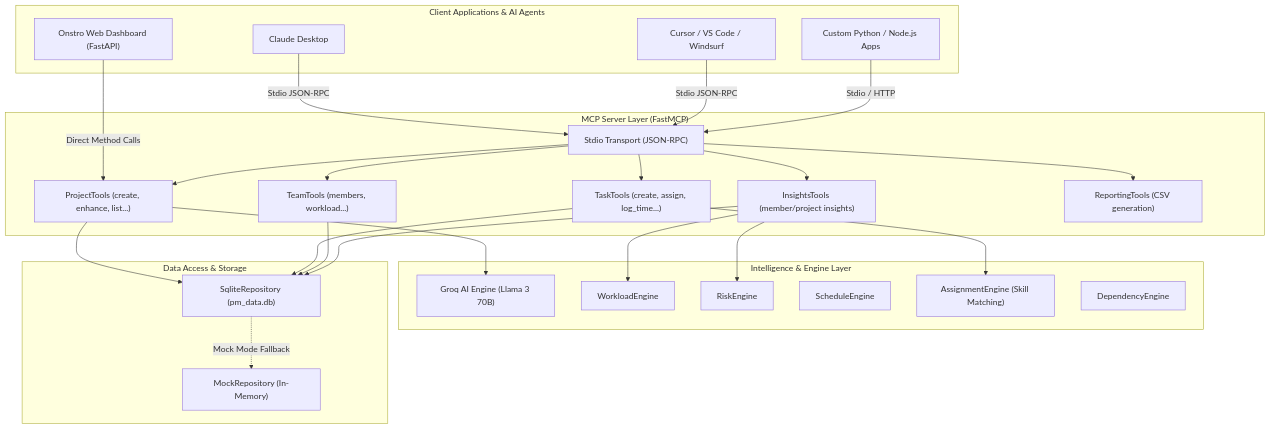
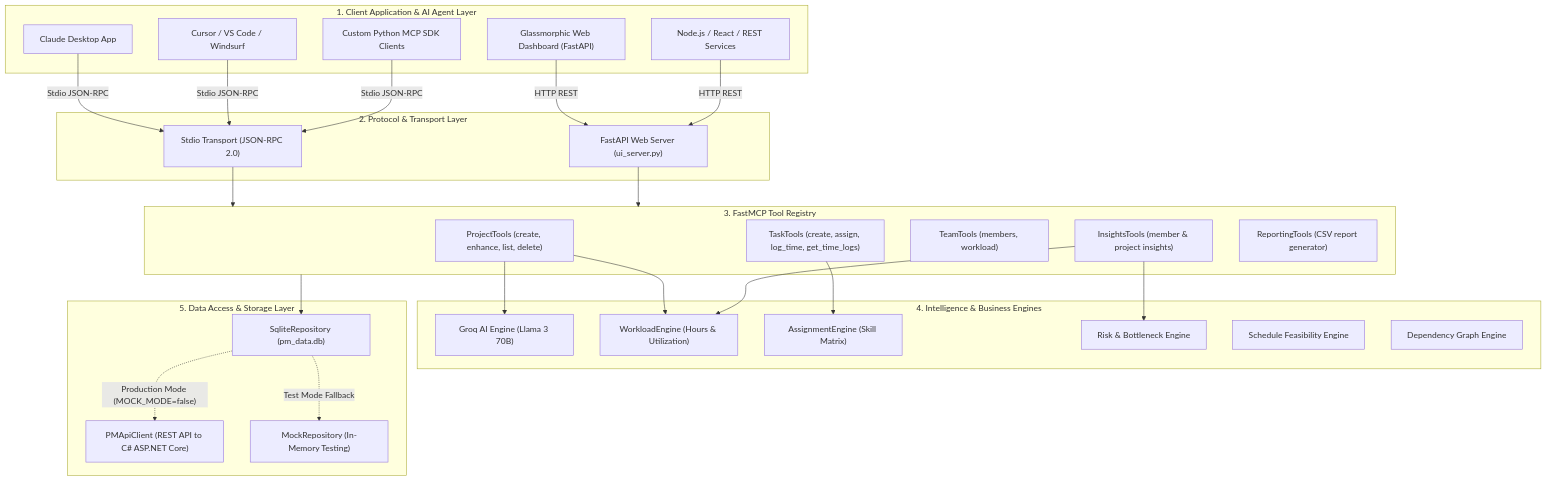
Before and after one commit to WaylenBarreto/Onstro-MCP: the diagram in docs/architecture.md, drawn with Mermaid. The commit also changed other lines of this file and 1 other file, not shown here.

Commit message:
docs: Add detailed architecture diagram and multi-application integration guide, feat: workload-balanced task auto-generation

````diff
--- a/docs/architecture.md
+++ b/docs/architecture.md
@@ -7,55 +7,57 @@
 ```mermaid
 flowchart TD
-    subgraph Clients ["Client Applications & AI Agents"]
-        ClaudeDesktop["Claude Desktop"]
+    subgraph Clients ["1. Client Application & AI Agent Layer"]
+        ClaudeDesktop["Claude Desktop App"]
         CursorIDE["Cursor / VS Code / Windsurf"]
-        CustomApp["Custom Python / Node.js Apps"]
-        WebUI["Onstro Web Dashboard (FastAPI)"]
+        PythonSDK["Custom Python MCP SDK Clients"]
+        WebDashboard["Glassmorphic Web Dashboard (FastAPI)"]
+        ExternalWeb["Node.js / React / REST Services"]
     end
 
-    subgraph MCPLayer ["MCP Server Layer (FastMCP)"]
-        StdioTransport["Stdio Transport (JSON-RPC)"]
-        ProjectTools["ProjectTools (create, enhance, list...)"]
-        TaskTools["TaskTools (create, assign, log_time...)"]
-        TeamTools["TeamTools (members, workload...)"]
-        InsightsTools["InsightsTools (member/project insights)"]
-        ReportingTools["ReportingTools (CSV generation)"]
+    subgraph Communication ["2. Protocol & Transport Layer"]
+        StdioTransport["Stdio Transport (JSON-RPC 2.0)"]
+        FastAPIServer["FastAPI Web Server (ui_server.py)"]
     end
 
-    subgraph Intelligence ["Intelligence & Engine Layer"]
-        GroqAI["Groq AI Engine (Llama 3 70B)"]
-        WorkloadEngine["WorkloadEngine"]
-        RiskEngine["RiskEngine"]
-        ScheduleEngine["ScheduleEngine"]
-        AssignmentEngine["AssignmentEngine (Skill Matching)"]
-        DependencyEngine["DependencyEngine"]
+    subgraph ToolRegistry ["3. FastMCP Tool Registry"]
+        ProjectTools["ProjectTools (create, enhance, list, delete)"]
+        TaskTools["TaskTools (create, assign, log_time, get_time_logs)"]
+        TeamTools["TeamTools (members, workload)"]
+        InsightsTools["InsightsTools (member & project insights)"]
+        ReportingTools["ReportingTools (CSV report generator)"]
     end
 
-    subgraph DataLayer ["Data Access & Storage"]
+    subgraph Intelligence ["4. Intelligence & Business Engines"]
+        GroqAI["Groq AI Engine (Llama 3 70B)"]
+        WorkloadEngine["WorkloadEngine (Hours & Utilization)"]
+        AssignmentEngine["AssignmentEngine (Skill Matrix)"]
+        RiskEngine["Risk & Bottleneck Engine"]
+        ScheduleEngine["Schedule Feasibility Engine"]
+        DependencyEngine["Dependency Graph Engine"]
+    end
+
+    subgraph DataLayer ["5. Data Access & Storage Layer"]
         SqliteRepo["SqliteRepository (pm_data.db)"]
-        MockRepo["MockRepository (In-Memory)"]
+        PMApiClient["PMApiClient (REST API to C# ASP.NET Core)"]
+        MockRepo["MockRepository (In-Memory Testing)"]
     end
 
     ClaudeDesktop -->|Stdio JSON-RPC| StdioTransport
     CursorIDE -->|Stdio JSON-RPC| StdioTransport
-    CustomApp -->|Stdio / HTTP| StdioTransport
-    WebUI -->|Direct Method Calls| ProjectTools
+    PythonSDK -->|Stdio JSON-RPC| StdioTransport
+    WebDashboard -->|HTTP REST| FastAPIServer
+    ExternalWeb -->|HTTP REST| FastAPIServer
 
-    StdioTransport --> ProjectTools
-    StdioTransport --> TaskTools
-    StdioTransport --> TeamTools
-    StdioTransport --> InsightsTools
-    StdioTransport --> ReportingTools
+    StdioTransport --> ToolRegistry
+    FastAPIServer --> ToolRegistry
 
     ProjectTools --> GroqAI
+    ProjectTools --> WorkloadEngine
+    TaskTools --> AssignmentEngine
     InsightsTools --> WorkloadEngine
     InsightsTools --> RiskEngine
-    TaskTools --> AssignmentEngine
 
-    ProjectTools --> SqliteRepo
-    TaskTools --> SqliteRepo
-    TeamTools --> SqliteRepo
-    InsightsTools --> SqliteRepo
-
-    SqliteRepo -. Mock Mode Fallback .-> MockRepo
+    ToolRegistry --> SqliteRepo
+    SqliteRepo -. Production Mode (MOCK_MODE=false) .-> PMApiClient
+    SqliteRepo -. Test Mode Fallback .-> MockRepo
 ```
````
